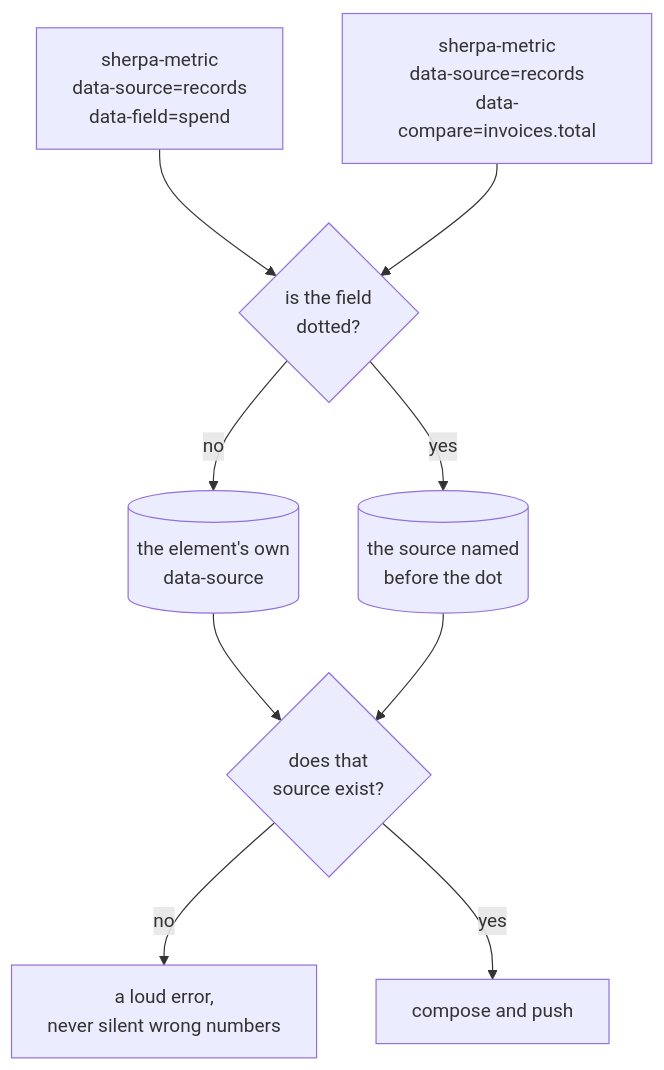
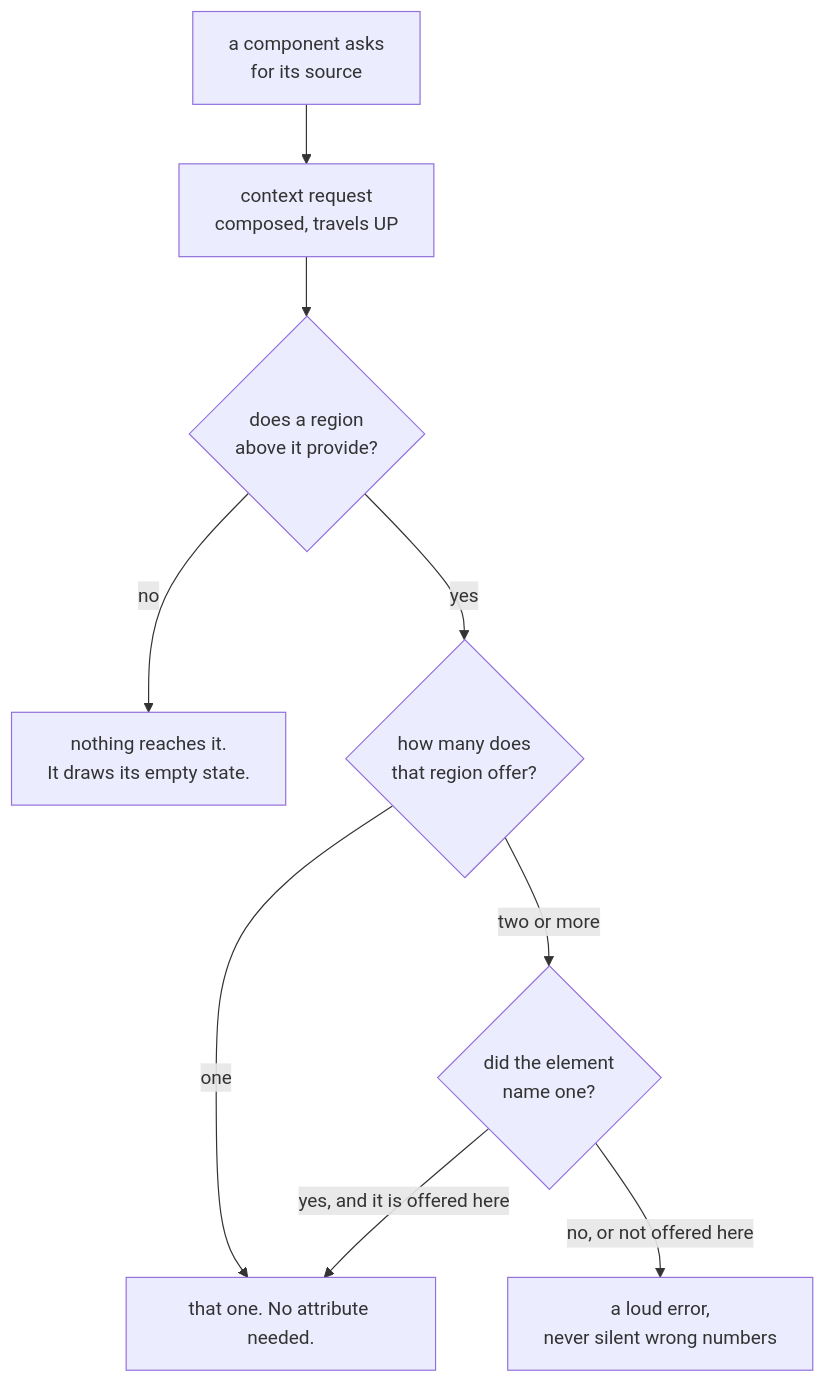
Before and after one commit to Mincher/sherpa-ui: the fifth of 11 diagrams in docs/FILTER-REVIEW.md, drawn with Mermaid. The commit also changed other lines of this file, not shown here.

First line of the commit message:
docs(review): containment comes from the REGION, not from the name

````diff
--- a/docs/FILTER-REVIEW.md
+++ b/docs/FILTER-REVIEW.md
@@ -612,11 +613,11 @@
 ```mermaid
 flowchart TB
-  M1["sherpa-metric<br/>data-source=records<br/>data-field=spend"] --> N{"is the field<br/>dotted?"}
-  M2["sherpa-metric<br/>data-source=records<br/>data-compare=invoices.total"] --> N
-  N -- "no" --> OWN[("the element's own<br/>data-source")]
-  N -- "yes" --> NAMED[("the source named<br/>before the dot")]
-  OWN --> ERR{"does that<br/>source exist?"}
-  NAMED --> ERR
-  ERR -- "no" --> LOUD["a loud error,<br/>never silent wrong numbers"]
-  ERR -- "yes" --> OK["compose and push"]
+  EL["a component asks<br/>for its source"] --> REQ["context request<br/>composed, travels UP"]
+  REQ --> REG{"does a region<br/>above it provide?"}
+  REG -- "no" --> NONE["nothing reaches it.<br/>It draws its empty state."]
+  REG -- "yes" --> HOW{"how many does<br/>that region offer?"}
+  HOW -- "one" --> OK["that one. No attribute needed."]
+  HOW -- "two or more" --> NAMED{"did the element<br/>name one?"}
+  NAMED -- "yes, and it is offered here" --> OK
+  NAMED -- "no, or not offered here" --> LOUD["a loud error,<br/>never silent wrong numbers"]
 ```
````
